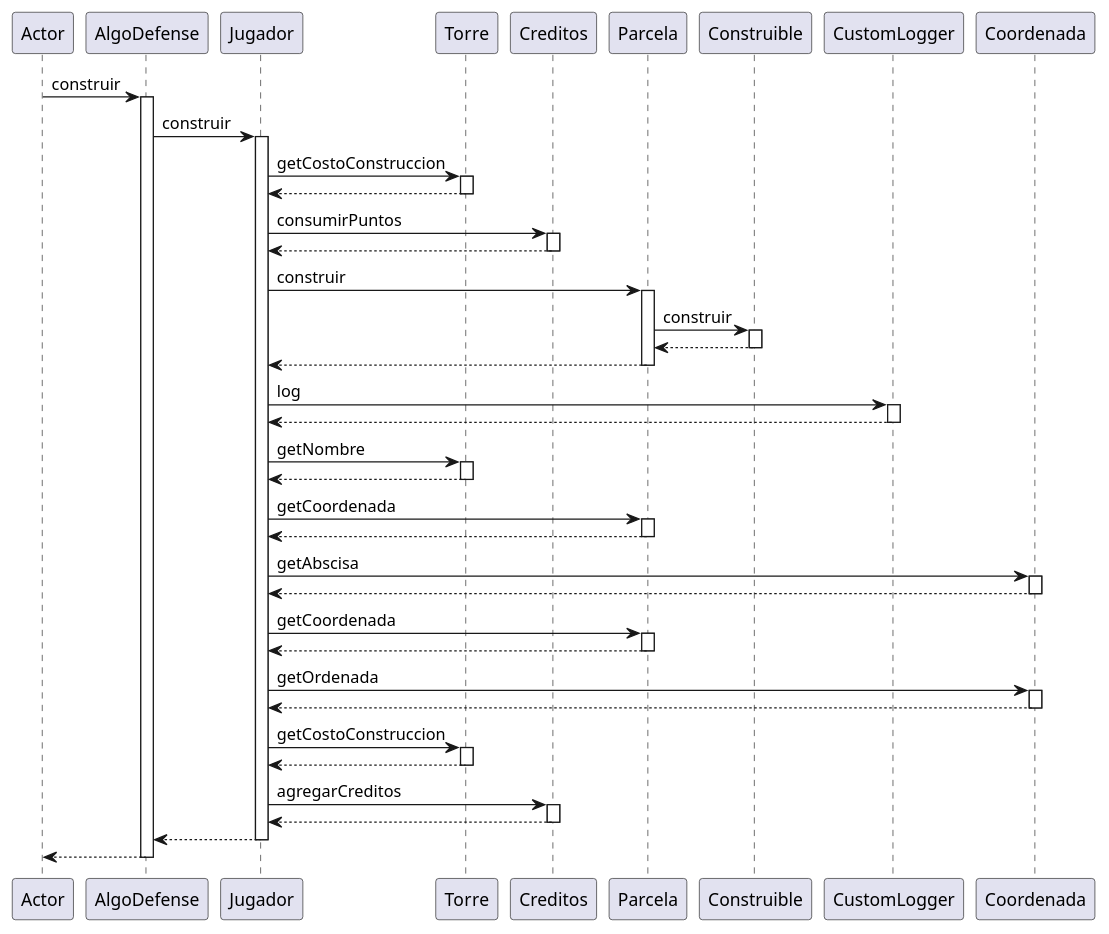
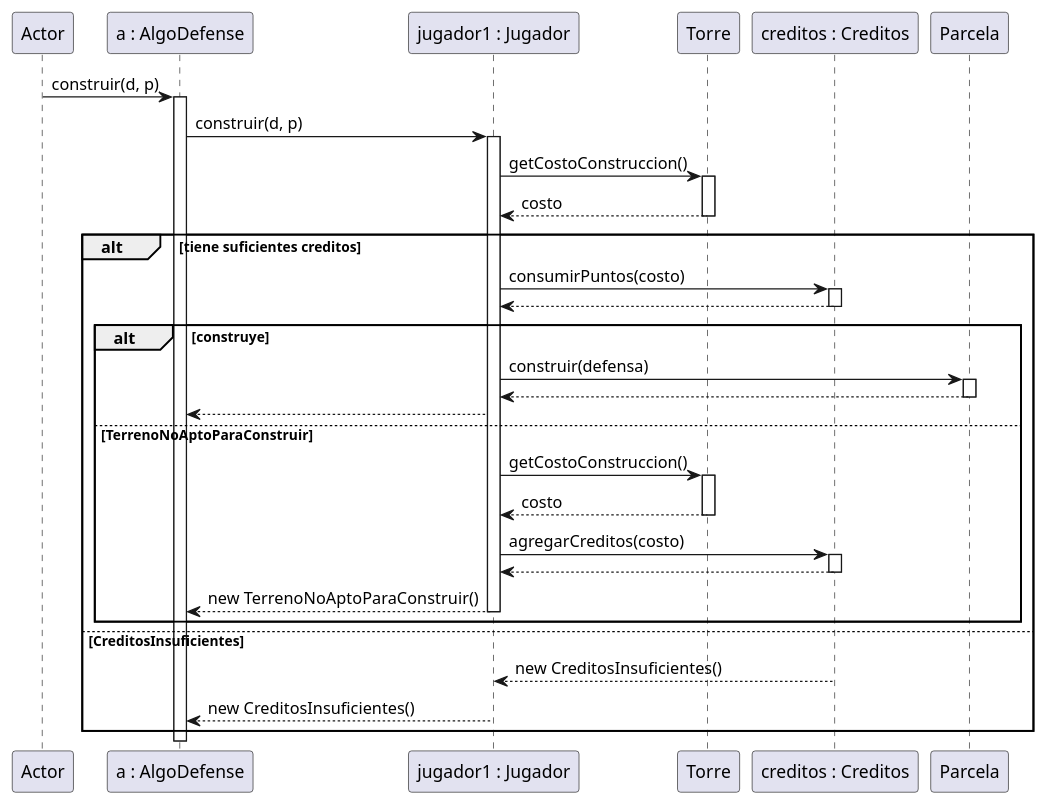
Before and after one commit to juanignaciogiacobbe/AlgoDefense_TP2: the diagram in diagrams/sequences/01AlgoDefense_construir.puml, drawn with PlantUML. The commit also changed 5 other files, not shown here.

Commit message:
actualizacion de algunos diagramas

```diff
--- a/diagrams/sequences/01AlgoDefense_construir.puml
+++ b/diagrams/sequences/01AlgoDefense_construir.puml
@@ -1,58 +1,41 @@
 @startuml
 participant Actor
-Actor -> AlgoDefense : construir
-activate AlgoDefense
-AlgoDefense -> Jugador : construir
-activate Jugador
-Jugador -> Torre : getCostoConstruccion
+Actor -> "a : AlgoDefense" : construir(d, p)
+activate "a : AlgoDefense"
+"a : AlgoDefense" -> "jugador1 : Jugador" : construir(d, p)
+activate "jugador1 : Jugador"
+"jugador1 : Jugador" -> Torre : getCostoConstruccion()
 activate Torre
-Torre --> Jugador
+Torre --> "jugador1 : Jugador" : costo
 deactivate Torre
-Jugador -> Creditos : consumirPuntos
-activate Creditos
-Creditos --> Jugador
-deactivate Creditos
-Jugador -> Parcela : construir
+
+alt tiene suficientes creditos
+"jugador1 : Jugador" -> "creditos : Creditos" : consumirPuntos(costo)
+activate "creditos : Creditos"
+"creditos : Creditos" --> "jugador1 : Jugador"
+deactivate "creditos : Creditos"
+alt construye
+"jugador1 : Jugador" -> Parcela : construir(defensa)
 activate Parcela
-Parcela -> Construible : construir
-activate Construible
-Construible --> Parcela
-deactivate Construible
-Parcela --> Jugador
+Parcela --> "jugador1 : Jugador"
 deactivate Parcela
-Jugador -> CustomLogger : log
-activate CustomLogger
-CustomLogger --> Jugador
-deactivate CustomLogger
-Jugador -> Torre : getNombre
+"jugador1 : Jugador" --> "a : AlgoDefense"
+
+else TerrenoNoAptoParaConstruir
+"jugador1 : Jugador" -> Torre : getCostoConstruccion()
 activate Torre
-Torre --> Jugador
+Torre --> "jugador1 : Jugador" : costo
 deactivate Torre
-Jugador -> Parcela : getCoordenada
-activate Parcela
-Parcela --> Jugador
-deactivate Parcela
-Jugador -> Coordenada : getAbscisa
-activate Coordenada
-Coordenada --> Jugador
-deactivate Coordenada
-Jugador -> Parcela : getCoordenada
-activate Parcela
-Parcela --> Jugador
-deactivate Parcela
-Jugador -> Coordenada : getOrdenada
-activate Coordenada
-Coordenada --> Jugador
-deactivate Coordenada
-Jugador -> Torre : getCostoConstruccion
-activate Torre
-Torre --> Jugador
-deactivate Torre
-Jugador -> Creditos : agregarCreditos
-activate Creditos
-Creditos --> Jugador
-deactivate Creditos
-Jugador --> AlgoDefense
-deactivate Jugador
-return
+"jugador1 : Jugador" -> "creditos : Creditos" : agregarCreditos(costo)
+activate "creditos : Creditos"
+"creditos : Creditos" --> "jugador1 : Jugador"
+deactivate "creditos : Creditos"
+"jugador1 : Jugador" --> "a : AlgoDefense" : new TerrenoNoAptoParaConstruir()
+deactivate "jugador1 : Jugador"
+end
+else CreditosInsuficientes
+"creditos : Creditos" --> "jugador1 : Jugador" : new CreditosInsuficientes()
+"jugador1 : Jugador" --> "a : AlgoDefense" : new CreditosInsuficientes()
+end
+
 @enduml
```
